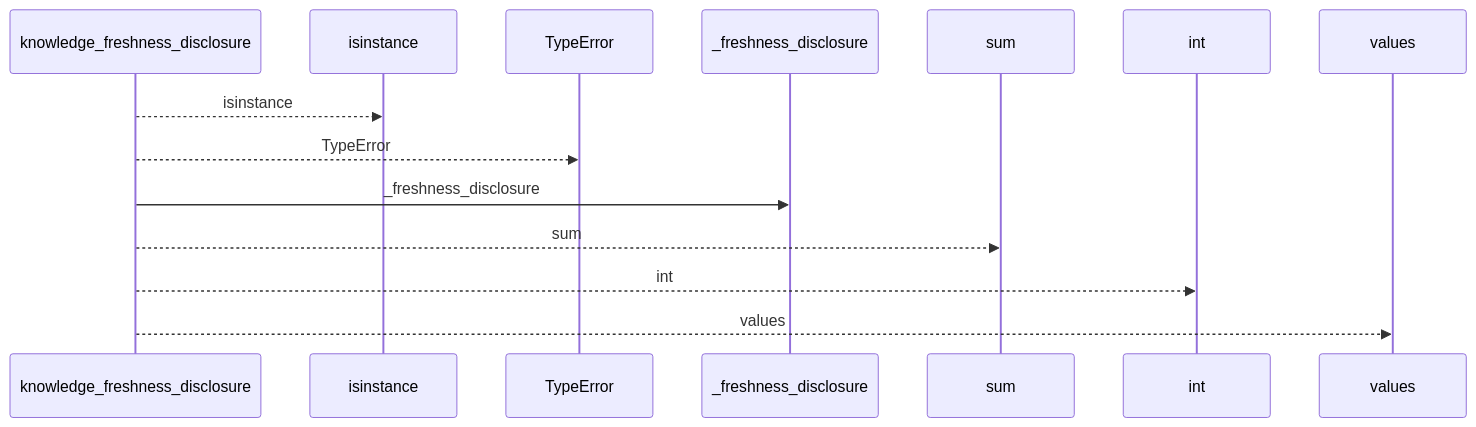
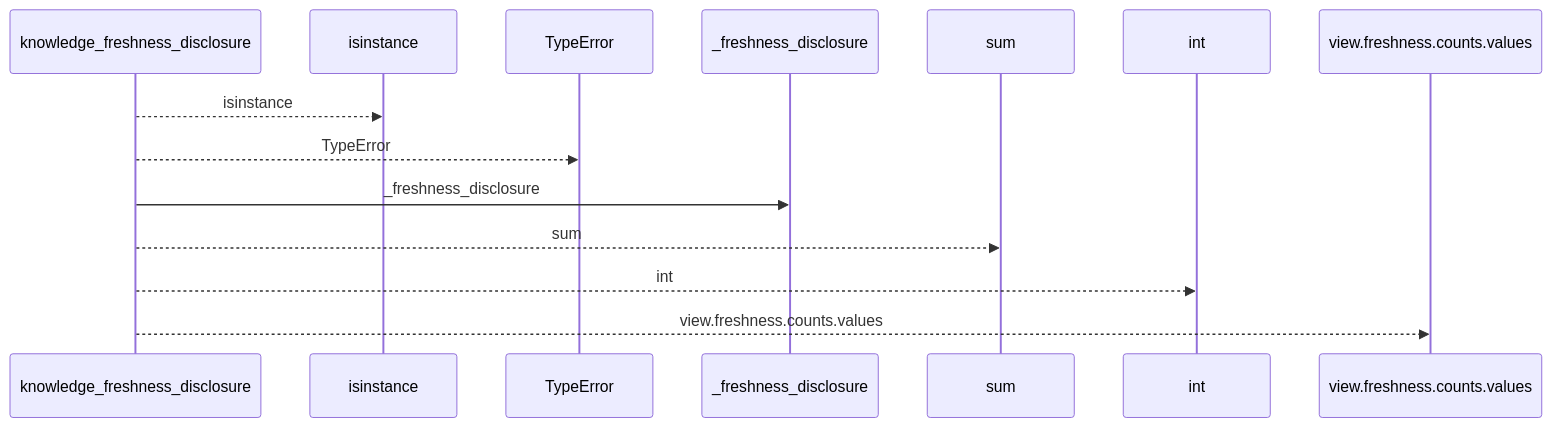
Before and after one commit to Denissvgn/python-wiki-llm: the first of 2 diagrams in docs/llm_wiki/flows/api-knowledge_freshness_disclosure.md, drawn with Mermaid. The commit also changed other lines of this file and 719 other files, not shown here.

````diff
--- a/docs/llm_wiki/flows/api-knowledge_freshness_disclosure.md
+++ b/docs/llm_wiki/flows/api-knowledge_freshness_disclosure.md
@@ -10,16 +10,16 @@
 ```mermaid
 sequenceDiagram
     participant p0 as knowledge_freshness_disclosure
     participant p1 as isinstance
     participant p2 as TypeError
     participant p3 as _freshness_disclosure
     participant p4 as sum
     participant p5 as int
-    participant p6 as values
+    participant p6 as view.freshness.counts.values
     p0-->>p1: isinstance
     p0-->>p2: TypeError
     p0->>p3: _freshness_disclosure
     p0-->>p4: sum
     p0-->>p5: int
-    p0-->>p6: values
+    p0-->>p6: view.freshness.counts.values
 ```
````
